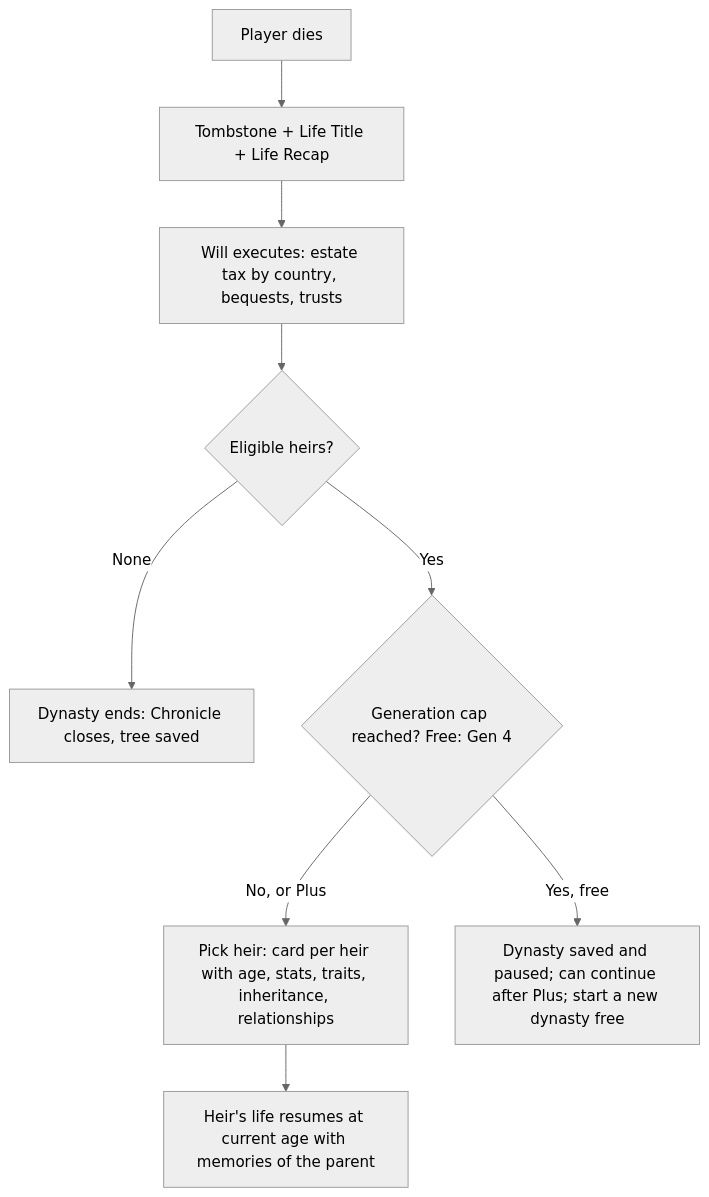
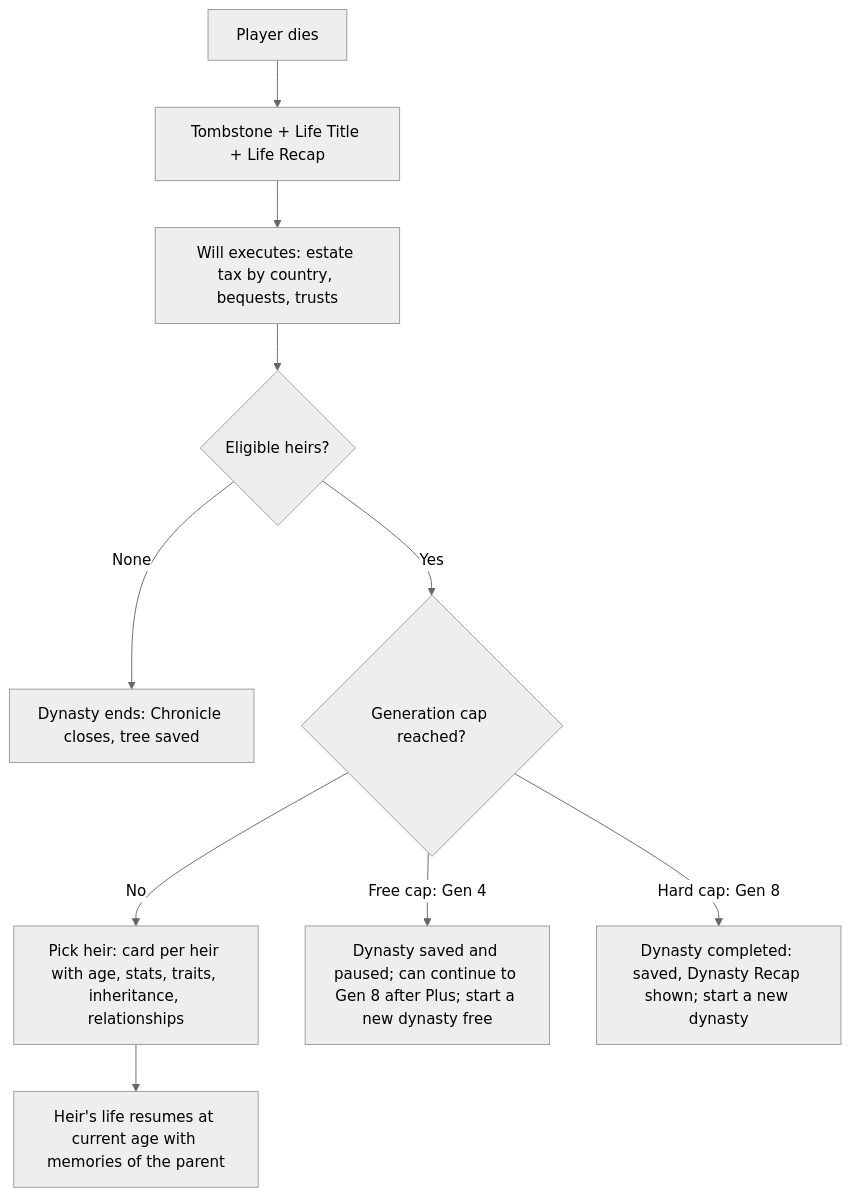
The second of 6 diagrams in docs/phase-1/04 App Breakdown - Social, Meta and Premium.md (ZWITG/agent-weave-workbench), drawn with Mermaid (neutral theme) before and after one commit. The commit also changed other lines of this file and 16 other files, not shown here.

````diff
--- a/docs/phase-1/04 App Breakdown - Social, Meta and Premium.md
+++ b/docs/phase-1/04 App Breakdown - Social, Meta and Premium.md
@@ -462,11 +464,12 @@
 ```mermaid
 flowchart TD
   D[Player dies] --> T[Tombstone + Life Title + Life Recap]
   T --> W[Will executes: estate tax by country, bequests, trusts]
   W --> H{Eligible heirs?}
   H -- None --> E[Dynasty ends: Chronicle closes, tree saved]
-  H -- Yes --> C{Generation cap reached? Free: Gen 4}
-  C -- "No, or Plus" --> P[Pick heir: card per heir with age, stats, traits, inheritance, relationships]
-  C -- "Yes, free" --> S[Dynasty saved and paused; can continue after Plus; start a new dynasty free]
+  H -- Yes --> C{Generation cap reached?}
+  C -- "No" --> P[Pick heir: card per heir with age, stats, traits, inheritance, relationships]
+  C -- "Free cap: Gen 4" --> S[Dynasty saved and paused; can continue to Gen 8 after Plus; start a new dynasty free]
+  C -- "Hard cap: Gen 8" --> R[Dynasty completed: saved, Dynasty Recap shown; start a new dynasty]
   P --> N[Heir's life resumes at current age with memories of the parent]
 ```
````
